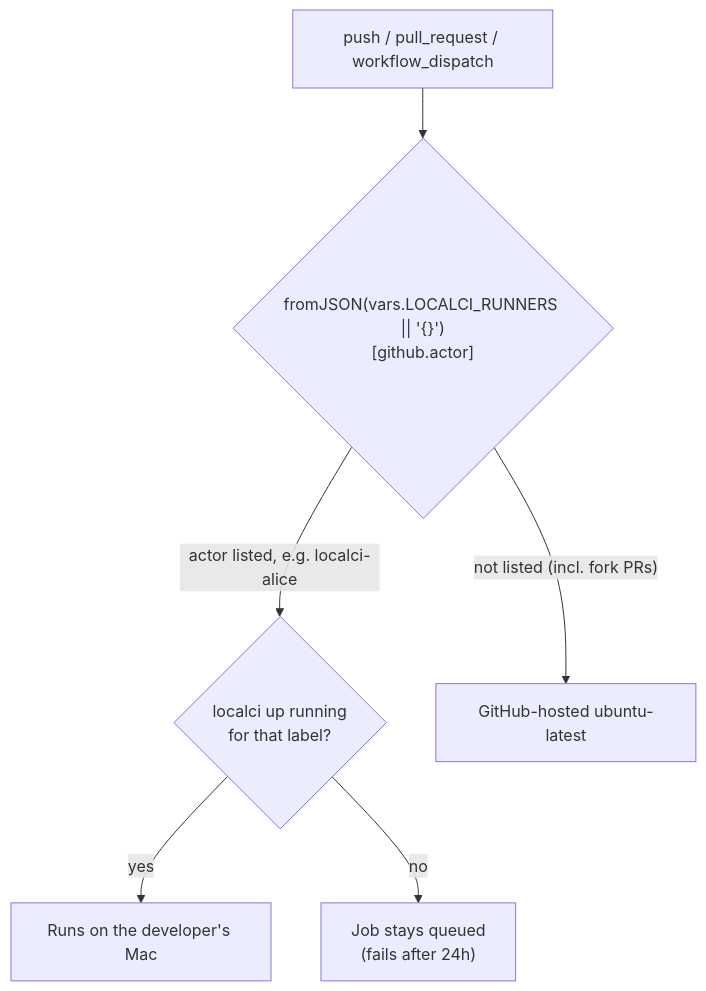
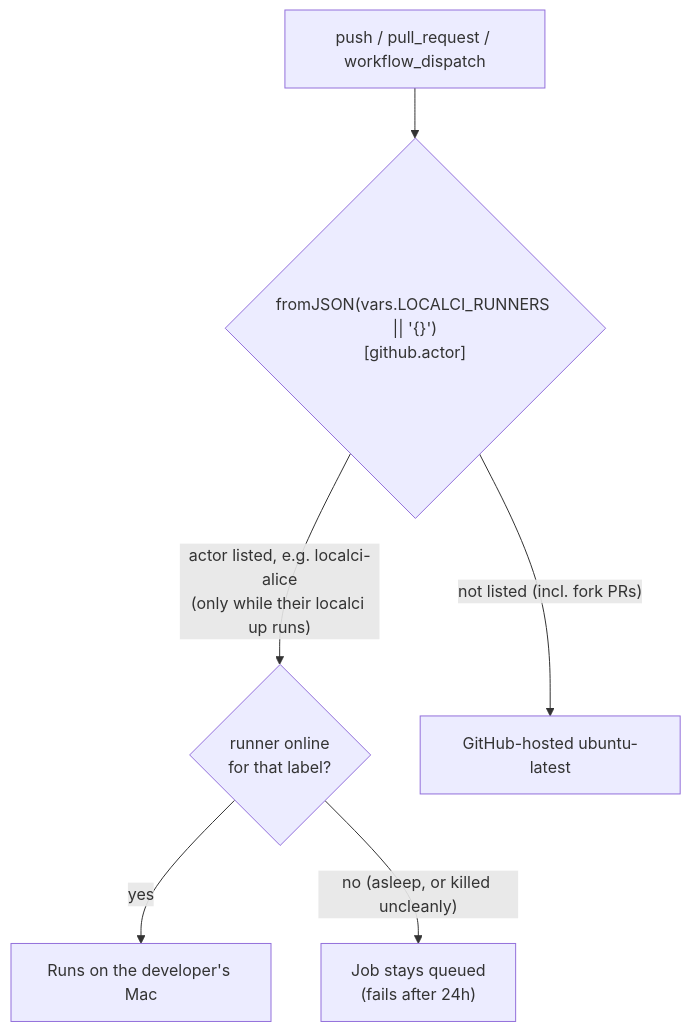
The third of 3 diagrams in docs/architecture.md (harrydt/local-ci), drawn with Mermaid before and after one commit. The commit also changed other lines of this file and 8 other files, not shown here.

First line of the commit message:
feat: route jobs to this Mac only while localci up runs

````diff
--- a/docs/architecture.md
+++ b/docs/architecture.md
@@ -85,8 +85,8 @@
 ```mermaid
 flowchart TD
   ev[push / pull_request / workflow_dispatch] --> eval{"fromJSON(vars.LOCALCI_RUNNERS || '{}')<br/>[github.actor]"}
-  eval -- "actor listed, e.g. localci-alice" --> online{localci up running<br/>for that label?}
+  eval -- "actor listed, e.g. localci-alice<br/>(only while their localci up runs)" --> online{runner online<br/>for that label?}
   eval -- "not listed (incl. fork PRs)" --> hosted[GitHub-hosted ubuntu-latest]
   online -- yes --> local[Runs on the developer's Mac]
-  online -- no --> queued["Job stays queued<br/>(fails after 24h)"]
+  online -- "no (asleep, or killed uncleanly)" --> queued["Job stays queued<br/>(fails after 24h)"]
 ```
````
